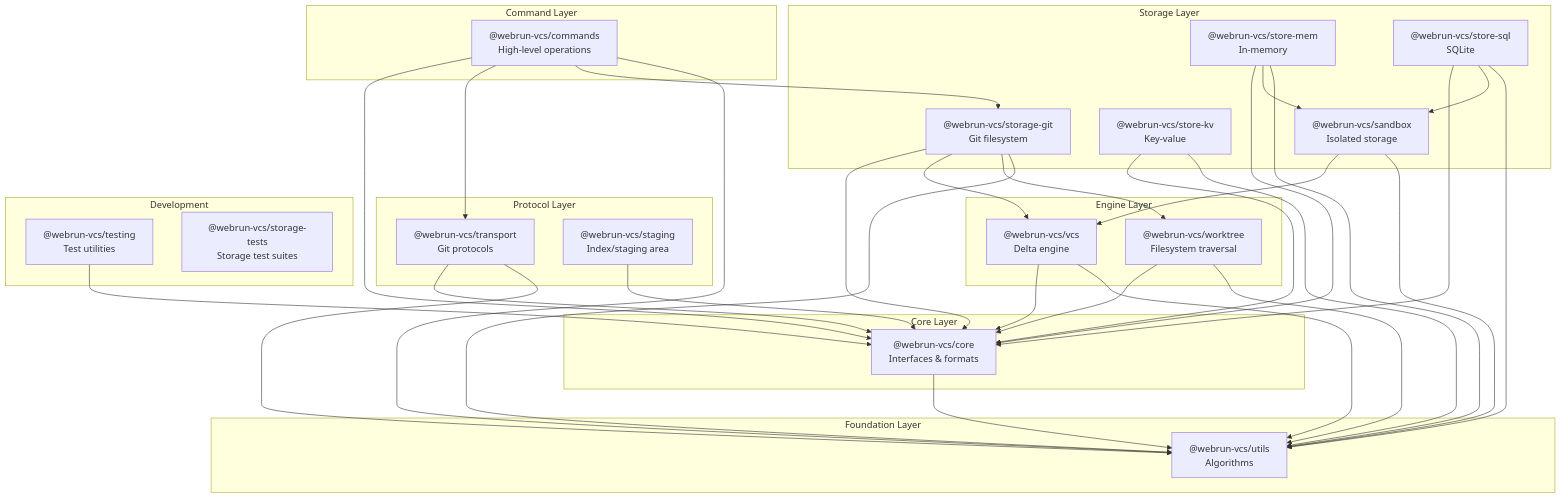
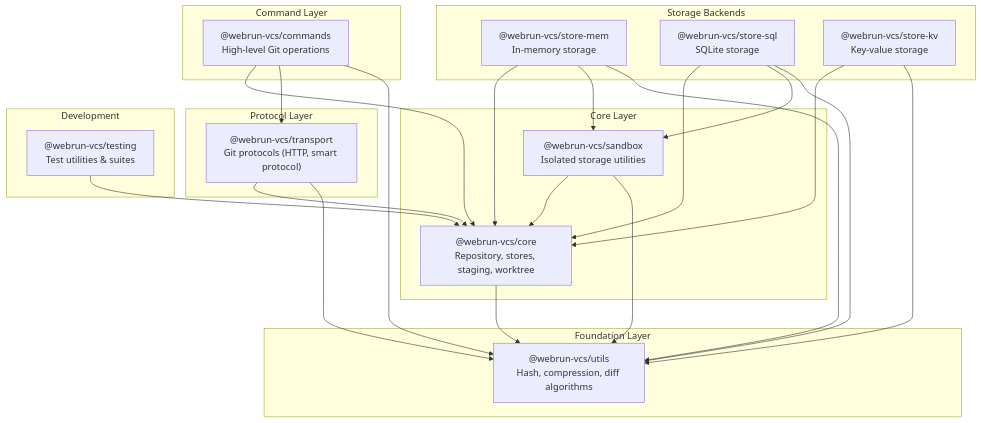
One commit to statewalker/vcs changed the diagram in docs/package-dependencies.md. Above: the diagram before and after it, drawn with Mermaid. The commit also changed other lines of this file and 10 other files, not shown here.

````diff
--- a/docs/package-dependencies.md
+++ b/docs/package-dependencies.md
@@ -7,76 +7,56 @@
 ```mermaid
 graph TD
     subgraph "Command Layer"
-        commands["@webrun-vcs/commands<br/>High-level operations"]
+        commands["@webrun-vcs/commands<br/>High-level Git operations"]
     end
 
     subgraph "Protocol Layer"
-        transport["@webrun-vcs/transport<br/>Git protocols"]
-        staging["@webrun-vcs/staging<br/>Index/staging area"]
+        transport["@webrun-vcs/transport<br/>Git protocols (HTTP, smart protocol)"]
     end
 
-    subgraph "Storage Layer"
-        storage-git["@webrun-vcs/storage-git<br/>Git filesystem"]
-        store-mem["@webrun-vcs/store-mem<br/>In-memory"]
-        store-sql["@webrun-vcs/store-sql<br/>SQLite"]
-        store-kv["@webrun-vcs/store-kv<br/>Key-value"]
-        sandbox["@webrun-vcs/sandbox<br/>Isolated storage"]
-    end
-
-    subgraph "Engine Layer"
-        vcs["@webrun-vcs/vcs<br/>Delta engine"]
-        worktree["@webrun-vcs/worktree<br/>Filesystem traversal"]
+    subgraph "Storage Backends"
+        store-mem["@webrun-vcs/store-mem<br/>In-memory storage"]
+        store-sql["@webrun-vcs/store-sql<br/>SQLite storage"]
+        store-kv["@webrun-vcs/store-kv<br/>Key-value storage"]
     end
 
     subgraph "Core Layer"
-        core["@webrun-vcs/core<br/>Interfaces & formats"]
+        core["@webrun-vcs/core<br/>Repository, stores, staging, worktree"]
+        sandbox["@webrun-vcs/sandbox<br/>Isolated storage utilities"]
     end
 
     subgraph "Foundation Layer"
-        utils["@webrun-vcs/utils<br/>Algorithms"]
+        utils["@webrun-vcs/utils<br/>Hash, compression, diff algorithms"]
     end
 
     subgraph "Development"
-        testing["@webrun-vcs/testing<br/>Test utilities"]
-        storage-tests["@webrun-vcs/storage-tests<br/>Storage test suites"]
+        testing["@webrun-vcs/testing<br/>Test utilities & suites"]
     end
 
     %% Command layer dependencies
     commands --> core
     commands --> transport
-    commands --> storage-git
     commands --> utils
 
     %% Protocol layer dependencies
     transport --> core
     transport --> utils
-    staging --> core
 
-    %% Storage layer dependencies
-    storage-git --> core
-    storage-git --> vcs
-    storage-git --> worktree
-    storage-git --> utils
+    %% Storage backend dependencies
     store-mem --> core
     store-mem --> sandbox
     store-mem --> utils
     store-sql --> core
     store-sql --> sandbox
     store-sql --> utils
     store-kv --> core
     store-kv --> utils
-    sandbox --> vcs
-    sandbox --> utils
-
-    %% Engine layer dependencies
-    vcs --> core
-    vcs --> utils
-    worktree --> core
-    worktree --> utils
 
     %% Core layer dependencies
     core --> utils
+    sandbox --> core
+    sandbox --> utils
 
     %% Development dependencies
     testing --> core
 ```
````
